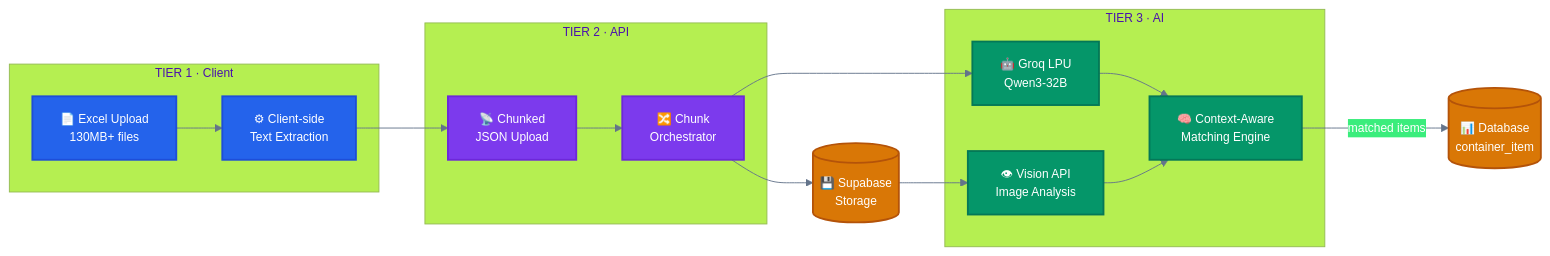
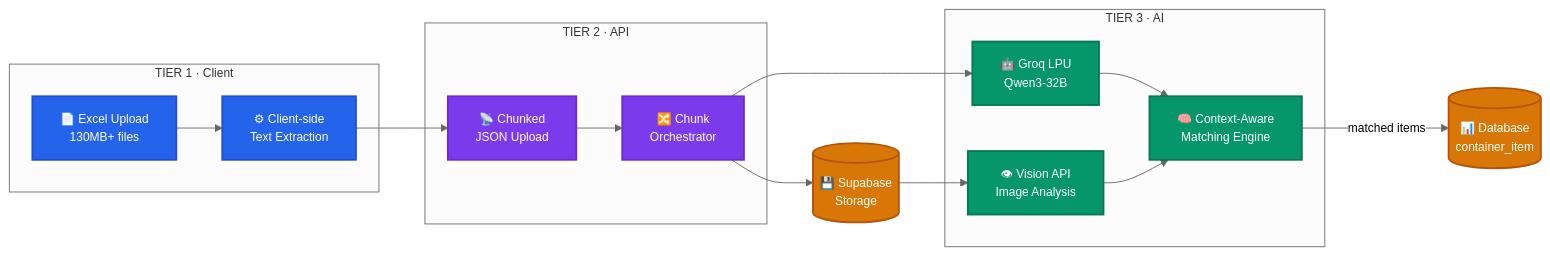
The eighth of 9 diagrams in README.md (jesusjosezapata99-jpg/Cendaro), drawn with Mermaid before and after one commit. The commit also changed other lines of this file and 15 other files, not shown here.

Commit message:
feat: implement security hardening with rate limiting, auth guards, and shared validation schemas

````diff
--- a/README.md
+++ b/README.md
@@ -685,32 +740,32 @@
 ```mermaid
-%%{init: {'theme': 'base', 'themeVariables': {'primaryColor': '#7c3aed', 'primaryTextColor': '#fff', 'primaryBorderColor': '#6d28d9', 'lineColor': '#64748b', 'fontSize': '13px'}}}%%
+%%{init: {'theme': 'neutral', 'themeVariables': {'fontSize': '13px'}}}%%
 
 graph LR
   classDef tier1 fill:#2463eb,stroke:#1d4ed8,color:#fff,stroke-width:2px
   classDef tier2 fill:#7c3aed,stroke:#6d28d9,color:#fff,stroke-width:2px
   classDef tier3 fill:#059669,stroke:#047857,color:#fff,stroke-width:2px
   classDef store fill:#d97706,stroke:#b45309,color:#fff,stroke-width:2px
 
   subgraph T1["TIER 1 · Client"]
     A["📄 Excel Upload\n130MB+ files"]:::tier1
     B["⚙ Client-side\nText Extraction"]:::tier1
   end
 
   subgraph T2["TIER 2 · API"]
     C["📡 Chunked\nJSON Upload"]:::tier2
     D["🔀 Chunk\nOrchestrator"]:::tier2
   end
 
   subgraph T3["TIER 3 · AI"]
     E["🤖 Groq LPU\nQwen3-32B"]:::tier3
     F["🧠 Context-Aware\nMatching Engine"]:::tier3
     G["👁 Vision API\nImage Analysis"]:::tier3
   end
 
   H[("💾 Supabase\nStorage")]:::store
 
   A --> B --> C --> D
   D --> E --> F
   D --> H --> G --> F
   F --> |"matched items"| DB[("📊 Database\ncontainer_item")]:::store
 ```
````
